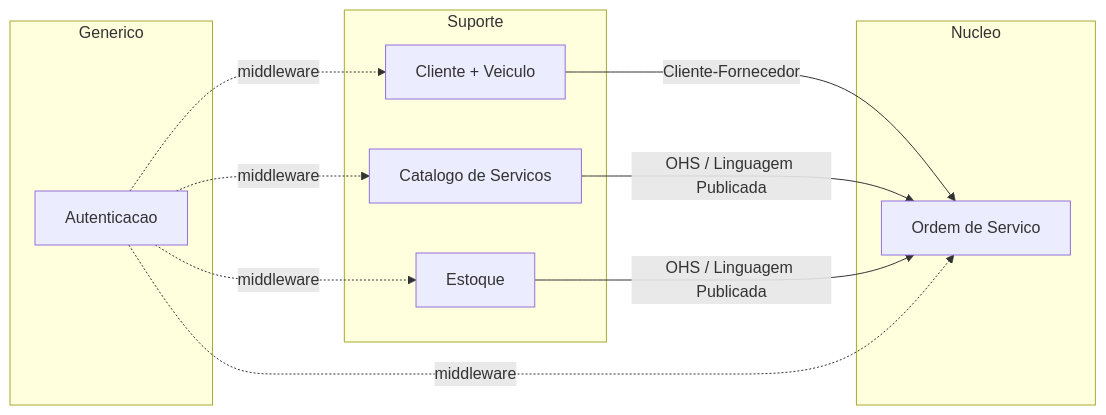
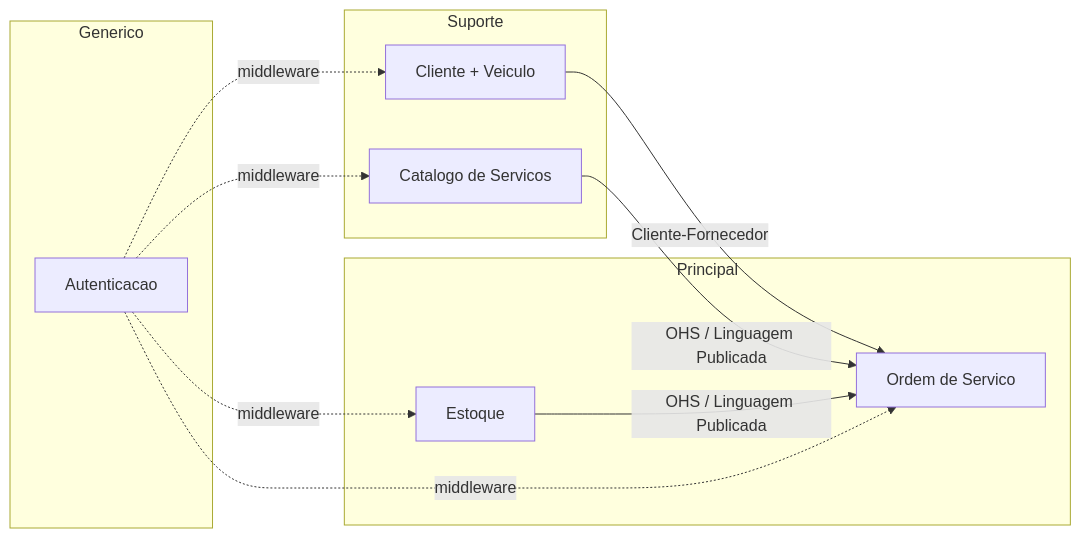
One commit to fiap-postech-sw-architecture/postech-sw-arch-p2 changed the first of 3 diagrams in docs/arquitetura/rfc/rfc-001-design-do-sistema.md. Above: the diagram before and after it, drawn with Mermaid. The commit also changed other lines of this file and 10 other files, not shown here.

Commit message:
fix: promover Estoque a domínio Principal e corrigir Nucleo→Principal nos diagramas (#16)

````diff
--- a/docs/arquitetura/rfc/rfc-001-design-do-sistema.md
+++ b/docs/arquitetura/rfc/rfc-001-design-do-sistema.md
@@ -33,22 +33,22 @@
 ```mermaid
 graph LR
-    subgraph Nucleo
+    subgraph Principal
         OS[Ordem de Servico]
+        E[Estoque]
     end
     subgraph Suporte
         C[Cliente + Veiculo]
         CS[Catalogo de Servicos]
-        E[Estoque]
     end
     subgraph Generico
         A[Autenticacao]
     end
 
     C -->|Cliente-Fornecedor| OS
     CS -->|OHS / Linguagem Publicada| OS
     E -->|OHS / Linguagem Publicada| OS
     A -.->|middleware| OS
     A -.->|middleware| C
     A -.->|middleware| CS
     A -.->|middleware| E
 ```
````
